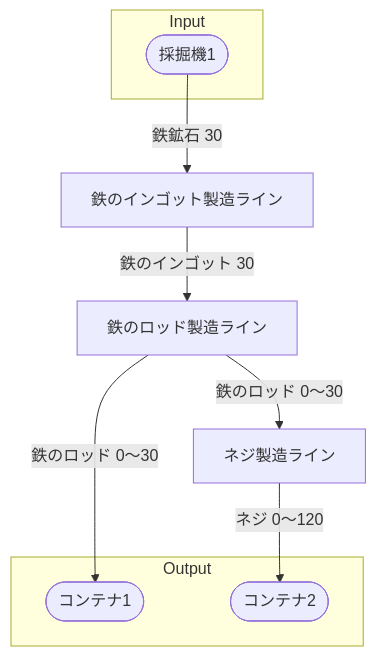
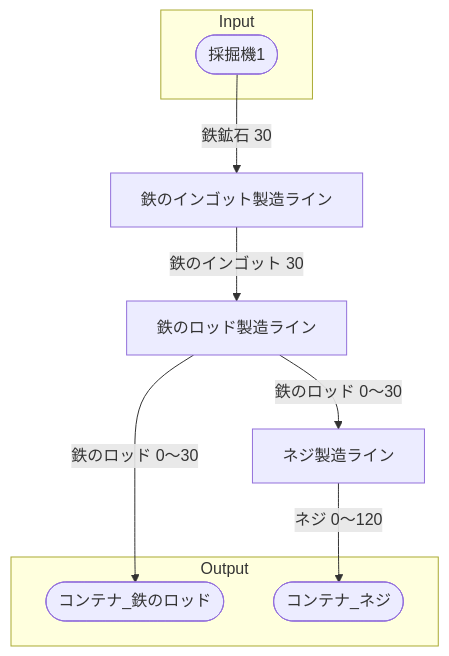
One commit to Suzuran-Amano/SatisfactoryTaskEfficiency changed the diagram in 40_FactoryBuilding/初期一時鉄のロッド工場/30‗全体製造ライン設計書/全体製造ライン設計書.md. Above: the diagram before and after it, drawn with Mermaid. The commit also changed other lines of this file and 1 other file, not shown here.

Commit message:
初期一時鉄のロッド工場の書類バージョン更新と、ネジ個別製造ラインのアウトプット変更

````diff
--- a/40_FactoryBuilding/初期一時鉄のロッド工場/30‗全体製造ライン設計書/全体製造ライン設計書.md
+++ b/40_FactoryBuilding/初期一時鉄のロッド工場/30‗全体製造ライン設計書/全体製造ライン設計書.md
@@ -32,25 +32,25 @@
 ```mermaid
 flowchart TD
 
 subgraph Input
     採掘機1([採掘機1])
 end
 
 鉄のインゴット製造ライン[鉄のインゴット製造ライン]
 鉄のロッド製造ライン[鉄のロッド製造ライン]
 ネジ製造ライン[ネジ製造ライン]
 
 subgraph Output
-    コンテナ1([コンテナ1])
-    コンテナ2([コンテナ2])
+    コンテナ_鉄のロッド([コンテナ_鉄のロッド])
+    コンテナ_ネジ([コンテナ_ネジ])
 end
 
 
 採掘機1-->|鉄鉱石 30|鉄のインゴット製造ライン
 鉄のインゴット製造ライン-->|鉄のインゴット 30|鉄のロッド製造ライン
-鉄のロッド製造ライン-->|鉄のロッド 0～30|コンテナ1
+鉄のロッド製造ライン-->|鉄のロッド 0～30|コンテナ_鉄のロッド
 鉄のロッド製造ライン-->|鉄のロッド 0～30|ネジ製造ライン
-ネジ製造ライン-->|ネジ 0～120|コンテナ2
+ネジ製造ライン-->|ネジ 0～120|コンテナ_ネジ
 
 
 ```
````
